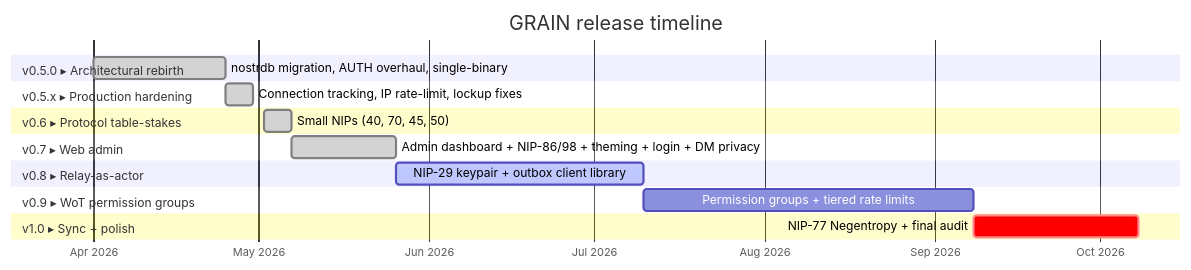
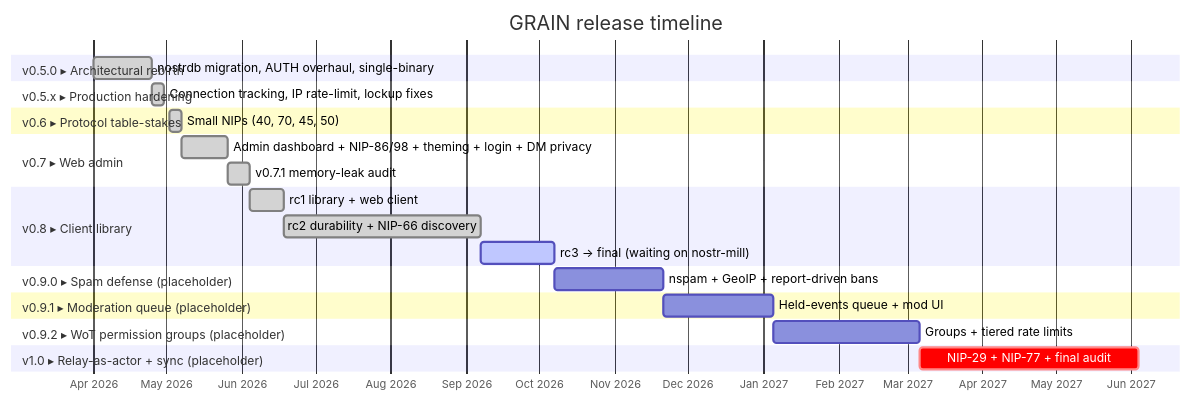
Before and after one commit to 0ceanSlim/grain: the diagram in ROADMAP.md, drawn with Mermaid. The commit also changed other lines of this file and 1 other file, not shown here.

First line of the commit message:
docs: roadmap re-plan — v0.8 closed out, v0.9 split into 0.9.0/0.9.1/0.9.2, v1.0 refilled

````diff
--- a/ROADMAP.md
+++ b/ROADMAP.md
@@ -20,27 +24,36 @@
 ```mermaid
 gantt
     title GRAIN release timeline
     dateFormat  YYYY-MM-DD
     axisFormat  %b %Y
 
     section v0.5.0 ▸ Architectural rebirth
     nostrdb migration, AUTH overhaul, single-binary    :done, v05, 2026-04-01, 2026-04-25
 
     section v0.5.x ▸ Production hardening
     Connection tracking, IP rate-limit, lockup fixes   :done, v05x, 2026-04-25, 2026-04-30
 
     section v0.6 ▸ Protocol table-stakes
     Small NIPs (40, 70, 45, 50)                        :done, v06, 2026-05-02, 2026-05-07
 
     section v0.7 ▸ Web admin
     Admin dashboard + NIP-86/98 + theming + login + DM privacy :done, v07, 2026-05-07, 2026-05-26
+    v0.7.1 memory-leak audit                           :done, v071, 2026-05-26, 2026-06-04
 
-    section v0.8 ▸ Relay-as-actor
-    NIP-29 keypair + outbox client library             :active, v08, after v07, 45d
+    section v0.8 ▸ Client library
+    rc1 library + web client                           :done, v08a, 2026-06-04, 2026-06-18
+    rc2 durability + NIP-66 discovery                  :done, v08b, 2026-06-18, 2026-09-07
+    rc3 → final (waiting on nostr-mill)                :active, v08c, 2026-09-07, 30d
 
-    section v0.9 ▸ WoT permission groups
-    Permission groups + tiered rate limits             :v09, after v08, 60d
+    section v0.9.0 ▸ Spam defense (placeholder)
+    nspam + GeoIP + report-driven bans                 :v090, after v08c, 45d
 
-    section v1.0 ▸ Sync + polish
-    NIP-77 Negentropy + final audit                    :crit, v10, after v09, 30d
+    section v0.9.1 ▸ Moderation queue (placeholder)
+    Held-events queue + mod UI                         :v091, after v090, 45d
+
+    section v0.9.2 ▸ WoT permission groups (placeholder)
+    Groups + tiered rate limits                        :v092, after v091, 60d
+
+    section v1.0 ▸ Relay-as-actor + sync (placeholder)
+    NIP-29 + NIP-77 + final audit                      :crit, v10, after v092, 90d
 ```
````
